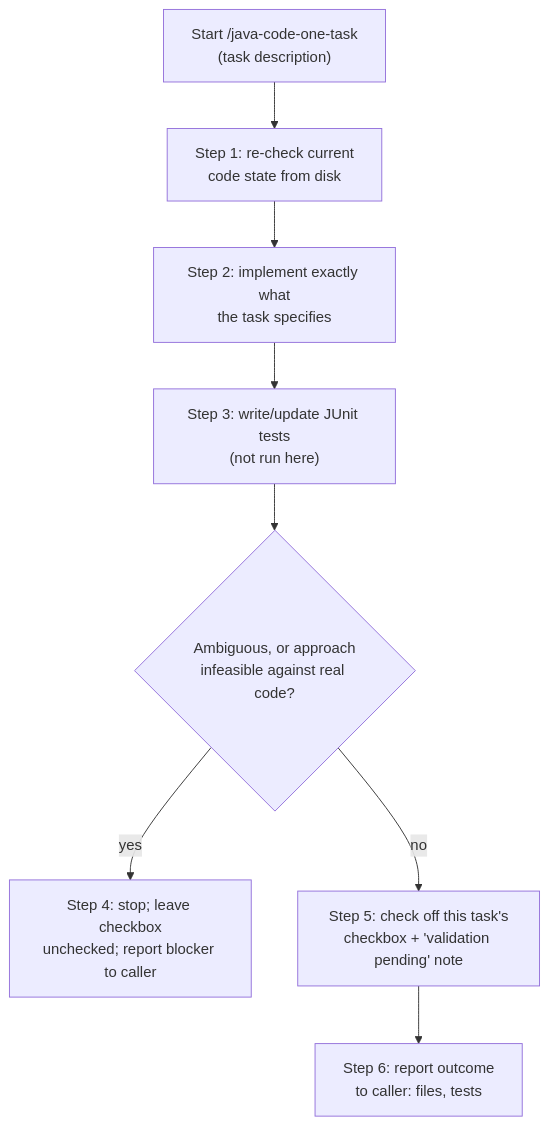
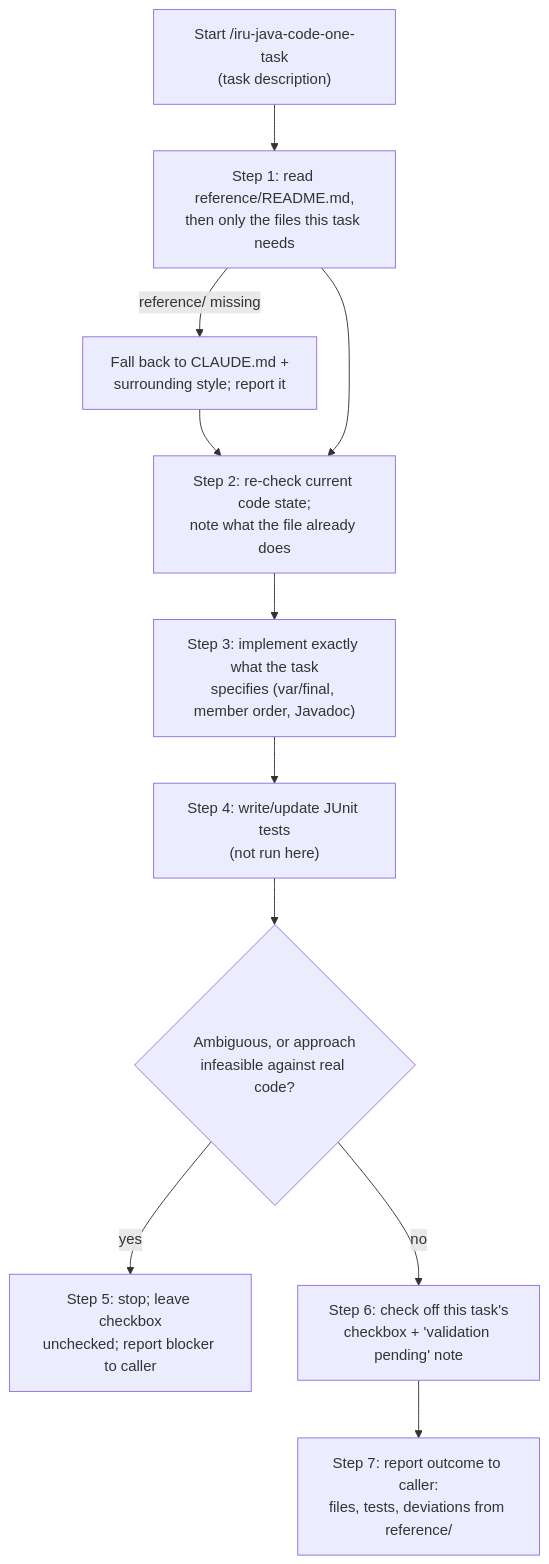
Before and after one commit to albertoirurueta/ai-catalog: the diagram in docs/modules/ROOT/pages/skills/iru-java-code-one-task.adoc, drawn with Mermaid. The commit also changed other lines of this file and 10 other files, not shown here.

```diff
--- a/docs/modules/ROOT/pages/skills/iru-java-code-one-task.adoc
+++ b/docs/modules/ROOT/pages/skills/iru-java-code-one-task.adoc
@@ -67,11 +139,14 @@
 [mermaid]
 ....
 flowchart TD
-    A["Start /java-code-one-task\n(task description)"] --> B["Step 1: re-check current\ncode state from disk"]
-    B --> C["Step 2: implement exactly what\nthe task specifies"]
-    C --> D["Step 3: write/update JUnit tests\n(not run here)"]
-    D --> E{"Ambiguous, or approach\ninfeasible against real code?"}
-    E -- yes --> F["Step 4: stop; leave checkbox\nunchecked; report blocker to caller"]
-    E -- no --> G["Step 5: check off this task's\ncheckbox + 'validation pending' note"]
-    G --> H["Step 6: report outcome\nto caller: files, tests"]
+    A["Start /iru-java-code-one-task\n(task description)"] --> B["Step 1: read reference/README.md,\nthen only the files this task needs"]
+    B -- "reference/ missing" --> B2["Fall back to CLAUDE.md +\nsurrounding style; report it"]
+    B2 --> C
+    B --> C["Step 2: re-check current code state;\nnote what the file already does"]
+    C --> D["Step 3: implement exactly what the task\nspecifies (var/final, member order, Javadoc)"]
+    D --> E["Step 4: write/update JUnit tests\n(not run here)"]
+    E --> F{"Ambiguous, or approach\ninfeasible against real code?"}
+    F -- yes --> G["Step 5: stop; leave checkbox\nunchecked; report blocker to caller"]
+    F -- no --> H["Step 6: check off this task's\ncheckbox + 'validation pending' note"]
+    H --> I["Step 7: report outcome to caller:\nfiles, tests, deviations from reference/"]
 ....
```
